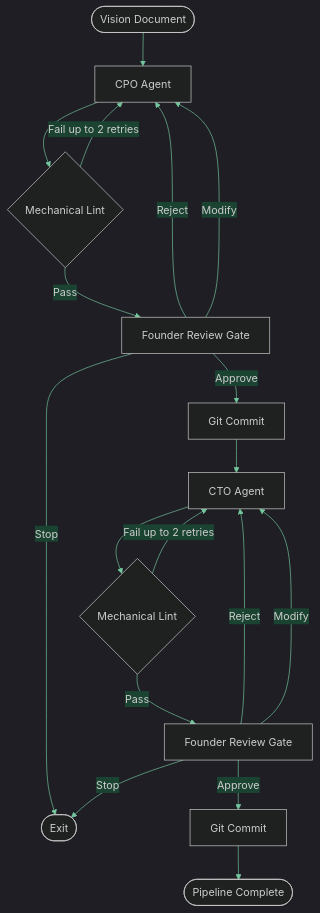
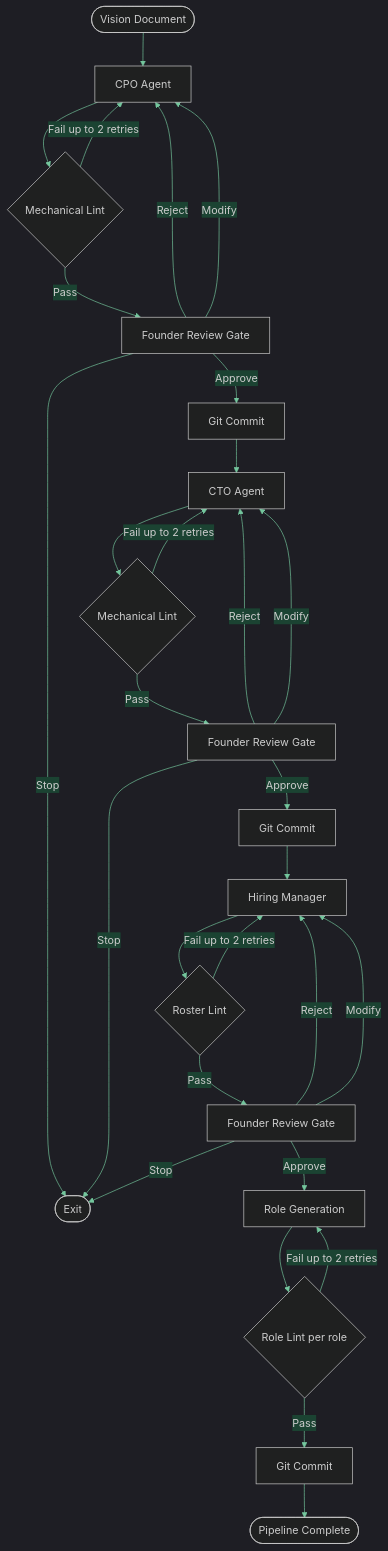
The diagram in docs/user/reference/concepts.md (Shapedsundew9/asw), drawn with Mermaid before and after one commit. The commit also changed other lines of this file and 20 other files, not shown here.

````diff
--- a/docs/user/reference/concepts.md
+++ b/docs/user/reference/concepts.md
@@ -9,21 +9,32 @@
 ```mermaid
 %%{init: {'theme': 'dark', 'themeVariables': {'primaryColor': '#2d6a4f', 'primaryTextColor': '#d8f3dc', 'primaryBorderColor': '#52b788', 'lineColor': '#74c69d', 'secondaryColor': '#1b4332', 'tertiaryColor': '#40916c', 'edgeLabelBackground': '#1b4332'}}}%%
 graph TD
     A([Vision Document]) --> B[CPO Agent]
     B --> C{Mechanical Lint}
     C -- Fail up to 2 retries --> B
     C -- Pass --> D[Founder Review Gate]
     D -- Approve --> E[Git Commit]
     D -- Reject --> B
     D -- Modify --> B
     D -- Stop --> Z([Exit])
     E --> F[CTO Agent]
     F --> G{Mechanical Lint}
     G -- Fail up to 2 retries --> F
     G -- Pass --> H[Founder Review Gate]
     H -- Approve --> I[Git Commit]
     H -- Reject --> F
     H -- Modify --> F
     H -- Stop --> Z
-    I --> J([Pipeline Complete])
+    I --> K[Hiring Manager]
+    K --> L{Roster Lint}
+    L -- Fail up to 2 retries --> K
+    L -- Pass --> M[Founder Review Gate]
+    M -- Approve --> N[Role Generation]
+    M -- Reject --> K
+    M -- Modify --> K
+    M -- Stop --> Z
+    N --> O{Role Lint per role}
+    O -- Fail up to 2 retries --> N
+    O -- Pass --> P[Git Commit]
+    P --> J([Pipeline Complete])
 ```
````
